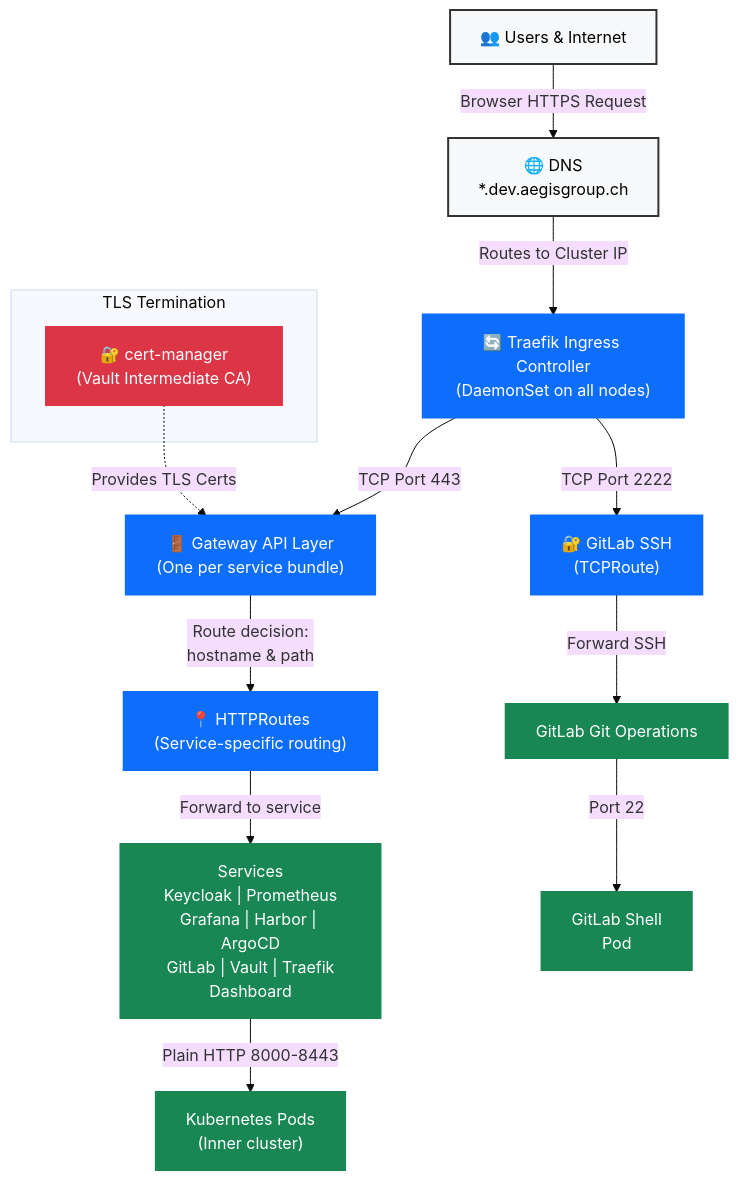
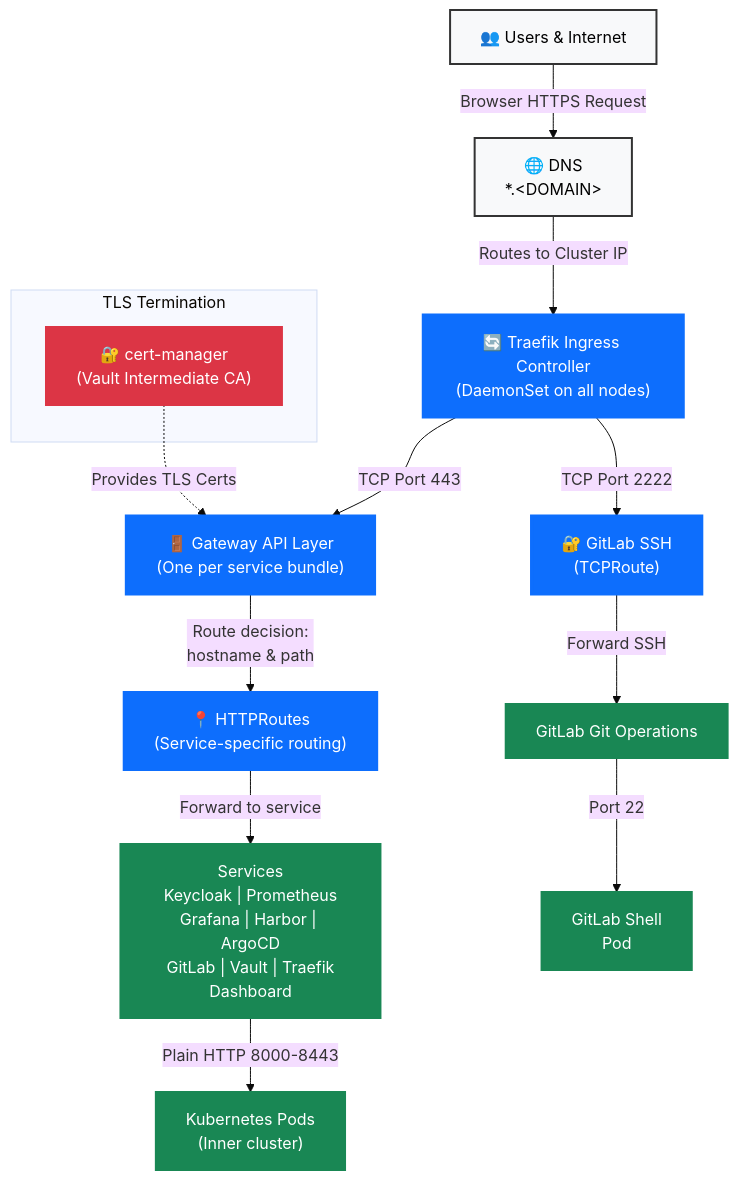
The diagram in docs/architecture/networking-ingress.md (derhornspieler/harvester-rke2-svcs), drawn with Mermaid (base theme) before and after one commit. The commit also changed other lines of this file and 8 other files, not shown here.

First line of the commit message:
fix: sanitize domains, rename headings, add decision tree and Splunk roadmap

````diff
--- a/docs/architecture/networking-ingress.md
+++ b/docs/architecture/networking-ingress.md
@@ -11,40 +11,40 @@
 ```mermaid
 graph TD
     Users["👥 Users &amp; Internet"]
-    DNS["🌐 DNS<br/>*.dev.aegisgroup.ch"]
+    DNS["🌐 DNS<br/>*.&lt;DOMAIN&gt;"]
 
     Users -->|Browser HTTPS Request| DNS
     DNS -->|Routes to Cluster IP| Traefik
 
     Traefik["🔄 Traefik Ingress Controller<br/>(DaemonSet on all nodes)"]
 
     Traefik -->|TCP Port 443| GatewayLayer["🚪 Gateway API Layer<br/>(One per service bundle)"]
 
     subgraph "TLS Termination"
         CertMgr["🔐 cert-manager<br/>(Vault Intermediate CA)"]
     end
 
     GatewayLayer -->|Route decision:<br/>hostname &amp; path| HTTPRouting["📍 HTTPRoutes<br/>(Service-specific routing)"]
 
     CertMgr -.->|Provides TLS Certs| GatewayLayer
 
     HTTPRouting -->|Forward to service| Services["Services<br/>Keycloak | Prometheus<br/>Grafana | Harbor | ArgoCD<br/>GitLab | Vault | Traefik<br/>Dashboard"]
 
     Traefik -->|TCP Port 2222| GitLabSSH["🔐 GitLab SSH<br/>(TCPRoute)"]
     GitLabSSH -->|Forward SSH| GitLabService["GitLab Git Operations"]
 
     Services -->|Plain HTTP 8000-8443| Pods["Kubernetes Pods<br/>(Inner cluster)"]
     GitLabService -->|Port 22| GitLabShell["GitLab Shell<br/>Pod"]
 
     style Users fill:#f8f9fa,color:#000,stroke:#333,stroke-width:2px
     style DNS fill:#f8f9fa,color:#000,stroke:#333,stroke-width:2px
     style Traefik fill:#0d6efd,color:#fff,stroke:#0d6efd,stroke-width:3px
     style GatewayLayer fill:#0d6efd,color:#fff,stroke:#0d6efd,stroke-width:3px
     style HTTPRouting fill:#0d6efd,color:#fff,stroke:#0d6efd,stroke-width:2px
     style GitLabSSH fill:#0d6efd,color:#fff,stroke:#0d6efd,stroke-width:3px
     style CertMgr fill:#dc3545,color:#fff,stroke:#dc3545,stroke-width:2px
     style Services fill:#198754,color:#fff,stroke:#198754,stroke-width:2px
     style GitLabService fill:#198754,color:#fff,stroke:#198754,stroke-width:2px
     style Pods fill:#198754,color:#fff,stroke:#198754,stroke-width:2px
     style GitLabShell fill:#198754,color:#fff,stroke:#198754,stroke-width:2px
 ```
````
